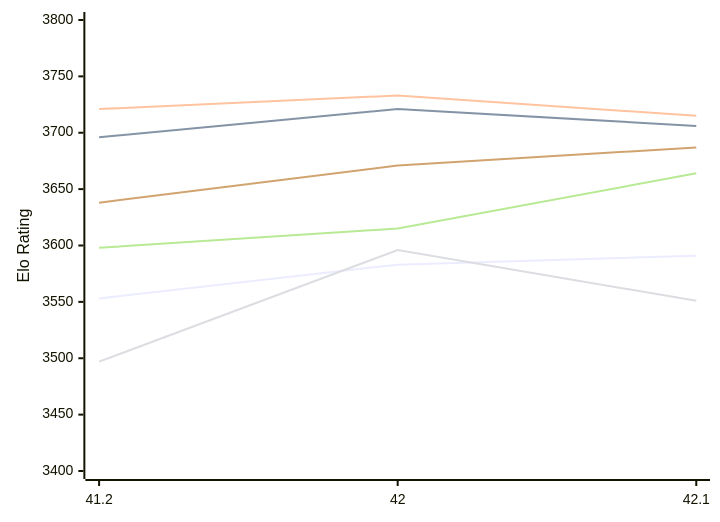
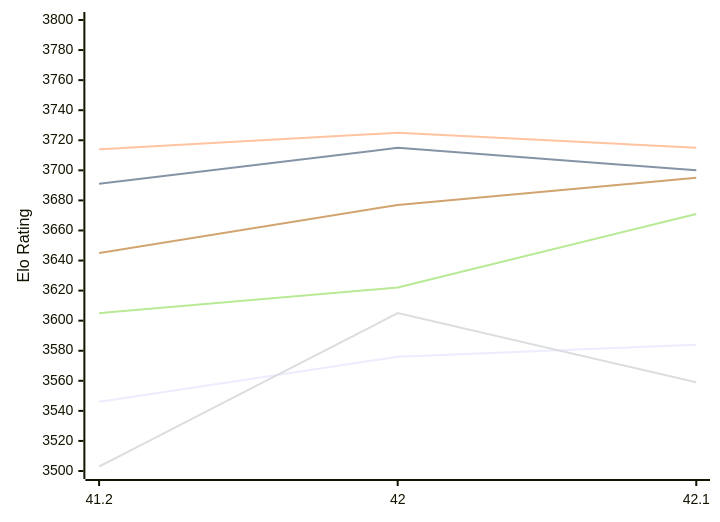
Before and after one commit to computer-chess-index/cci: the first of 2 diagrams in engines/Shashchess.md, drawn with Mermaid. The commit also changed other lines of this file, not shown here.

Commit message:
Update CCI Ratings (ELO VLTC) - 2026-11-18

````diff
--- a/engines/Shashchess.md
+++ b/engines/Shashchess.md
@@ -52,12 +52,12 @@
 ```mermaid
 %%{init: {"theme":"base","themeVariables":{"seriesColors:['#a3a3a3','#222221','#faa371']}}}%%
 xychart-beta
   x-axis ["41.2", "42", "42.1"]
-  y-axis "Elo Rating" 3400 --> 3800
-  line "E1: STC (8.0+0.08s)" [3553, 3583, 3591]
-  line "E1: LTC (60.0+0.60s)" [3696, 3721, 3706]
-  line "E1: VLTC (2m24s+1.12s)" [3721, 3733, 3715]
-  line "P1: STC (8.0+0.08s)" [3497, 3596, 3551]
-  line "P1: LTC (60.0+0.60s)" [3598, 3615, 3664]
-  line "P1: VLTC (2m24s+1.12s)" [3638, 3671, 3687]
+  y-axis "Elo Rating" 3500 --> 3800
+  line "E1: STC (8.0+0.08s)" [3546, 3576, 3584]
+  line "E1: LTC (60.0+0.60s)" [3691, 3715, 3700]
+  line "E1: VLTC (2m24s+1.12s)" [3714, 3725, 3715]
+  line "P1: STC (8.0+0.08s)" [3503, 3605, 3559]
+  line "P1: LTC (60.0+0.60s)" [3605, 3622, 3671]
+  line "P1: VLTC (2m24s+1.12s)" [3645, 3677, 3695]
 ```
````
